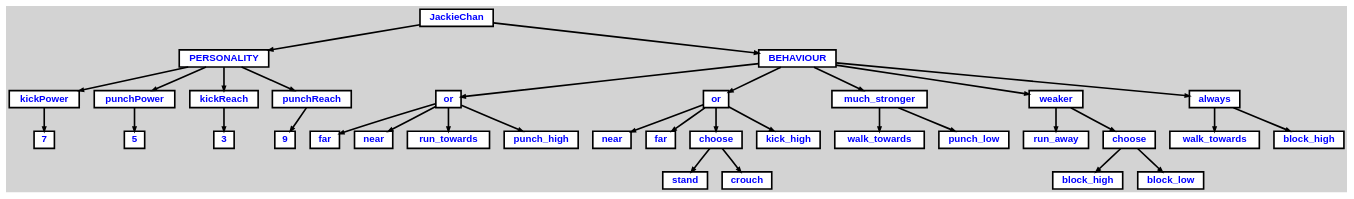
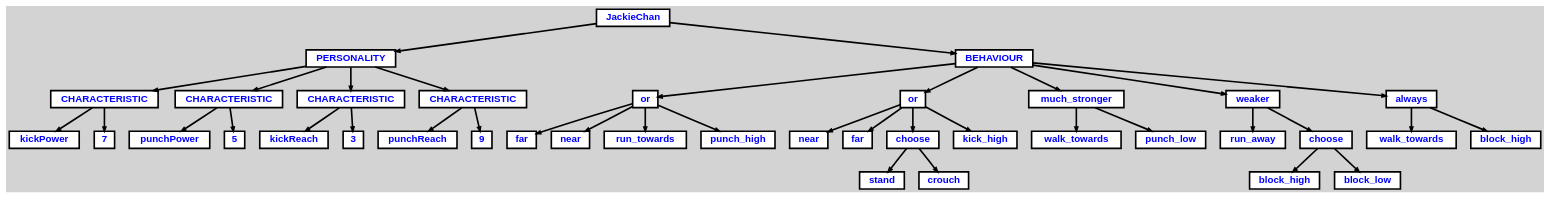
Before and after one commit to tvdstorm/sea-of-saf: the diagram in mrjorrit/output/AST.dot, drawn with Graphviz. The commit also changed 5 other files, not shown here.

```diff
--- a/mrjorrit/output/AST.dot
+++ b/mrjorrit/output/AST.dot
@@ -1,91 +1,99 @@
 digraph {
 
 	ordering=out;
 	ranksep=.4;
 	bgcolor="lightgrey"; node [shape=box, fixedsize=false, fontsize=12, fontname="Helvetica-bold", fontcolor="blue"
 		width=.25, height=.25, color="black", fillcolor="white", style="filled, solid, bold"];
 	edge [arrowsize=.5, color="black", style="bold"]
 
   n0 [label="JackieChan"];
   n1 [label="PERSONALITY"];
   n1 [label="PERSONALITY"];
-  n2 [label="kickPower"];
-  n2 [label="kickPower"];
-  n3 [label="7"];
-  n4 [label="punchPower"];
-  n4 [label="punchPower"];
-  n5 [label="5"];
-  n6 [label="kickReach"];
-  n6 [label="kickReach"];
-  n7 [label="3"];
-  n8 [label="punchReach"];
-  n8 [label="punchReach"];
-  n9 [label="9"];
-  n10 [label="BEHAVIOUR"];
-  n10 [label="BEHAVIOUR"];
-  n11 [label="or"];
-  n11 [label="or"];
-  n12 [label="far"];
-  n13 [label="near"];
-  n14 [label="run_towards"];
-  n15 [label="punch_high"];
-  n16 [label="or"];
-  n16 [label="or"];
+  n2 [label="CHARACTERISTIC"];
+  n2 [label="CHARACTERISTIC"];
+  n3 [label="kickPower"];
+  n4 [label="7"];
+  n5 [label="CHARACTERISTIC"];
+  n5 [label="CHARACTERISTIC"];
+  n6 [label="punchPower"];
+  n7 [label="5"];
+  n8 [label="CHARACTERISTIC"];
+  n8 [label="CHARACTERISTIC"];
+  n9 [label="kickReach"];
+  n10 [label="3"];
+  n11 [label="CHARACTERISTIC"];
+  n11 [label="CHARACTERISTIC"];
+  n12 [label="punchReach"];
+  n13 [label="9"];
+  n14 [label="BEHAVIOUR"];
+  n14 [label="BEHAVIOUR"];
+  n15 [label="or"];
+  n15 [label="or"];
+  n16 [label="far"];
   n17 [label="near"];
-  n18 [label="far"];
-  n19 [label="choose"];
-  n19 [label="choose"];
-  n20 [label="stand"];
-  n21 [label="crouch"];
-  n22 [label="kick_high"];
-  n23 [label="much_stronger"];
-  n23 [label="much_stronger"];
-  n24 [label="walk_towards"];
-  n25 [label="punch_low"];
-  n26 [label="weaker"];
-  n26 [label="weaker"];
-  n27 [label="run_away"];
-  n28 [label="choose"];
-  n28 [label="choose"];
-  n29 [label="block_high"];
-  n30 [label="block_low"];
-  n31 [label="always"];
-  n31 [label="always"];
-  n32 [label="walk_towards"];
+  n18 [label="run_towards"];
+  n19 [label="punch_high"];
+  n20 [label="or"];
+  n20 [label="or"];
+  n21 [label="near"];
+  n22 [label="far"];
+  n23 [label="choose"];
+  n23 [label="choose"];
+  n24 [label="stand"];
+  n25 [label="crouch"];
+  n26 [label="kick_high"];
+  n27 [label="much_stronger"];
+  n27 [label="much_stronger"];
+  n28 [label="walk_towards"];
+  n29 [label="punch_low"];
+  n30 [label="weaker"];
+  n30 [label="weaker"];
+  n31 [label="run_away"];
+  n32 [label="choose"];
+  n32 [label="choose"];
   n33 [label="block_high"];
+  n34 [label="block_low"];
+  n35 [label="always"];
+  n35 [label="always"];
+  n36 [label="walk_towards"];
+  n37 [label="block_high"];
 
   n0 -> n1 // "JackieChan" -> "PERSONALITY"
-  n1 -> n2 // "PERSONALITY" -> "kickPower"
-  n2 -> n3 // "kickPower" -> "7"
-  n1 -> n4 // "PERSONALITY" -> "punchPower"
-  n4 -> n5 // "punchPower" -> "5"
-  n1 -> n6 // "PERSONALITY" -> "kickReach"
-  n6 -> n7 // "kickReach" -> "3"
-  n1 -> n8 // "PERSONALITY" -> "punchReach"
-  n8 -> n9 // "punchReach" -> "9"
-  n0 -> n10 // "JackieChan" -> "BEHAVIOUR"
-  n10 -> n11 // "BEHAVIOUR" -> "or"
-  n11 -> n12 // "or" -> "far"
-  n11 -> n13 // "or" -> "near"
-  n11 -> n14 // "or" -> "run_towards"
-  n11 -> n15 // "or" -> "punch_high"
-  n10 -> n16 // "BEHAVIOUR" -> "or"
-  n16 -> n17 // "or" -> "near"
-  n16 -> n18 // "or" -> "far"
-  n16 -> n19 // "or" -> "choose"
-  n19 -> n20 // "choose" -> "stand"
-  n19 -> n21 // "choose" -> "crouch"
-  n16 -> n22 // "or" -> "kick_high"
-  n10 -> n23 // "BEHAVIOUR" -> "much_stronger"
-  n23 -> n24 // "much_stronger" -> "walk_towards"
-  n23 -> n25 // "much_stronger" -> "punch_low"
-  n10 -> n26 // "BEHAVIOUR" -> "weaker"
-  n26 -> n27 // "weaker" -> "run_away"
-  n26 -> n28 // "weaker" -> "choose"
-  n28 -> n29 // "choose" -> "block_high"
-  n28 -> n30 // "choose" -> "block_low"
-  n10 -> n31 // "BEHAVIOUR" -> "always"
-  n31 -> n32 // "always" -> "walk_towards"
-  n31 -> n33 // "always" -> "block_high"
+  n1 -> n2 // "PERSONALITY" -> "CHARACTERISTIC"
+  n2 -> n3 // "CHARACTERISTIC" -> "kickPower"
+  n2 -> n4 // "CHARACTERISTIC" -> "7"
+  n1 -> n5 // "PERSONALITY" -> "CHARACTERISTIC"
+  n5 -> n6 // "CHARACTERISTIC" -> "punchPower"
+  n5 -> n7 // "CHARACTERISTIC" -> "5"
+  n1 -> n8 // "PERSONALITY" -> "CHARACTERISTIC"
+  n8 -> n9 // "CHARACTERISTIC" -> "kickReach"
+  n8 -> n10 // "CHARACTERISTIC" -> "3"
+  n1 -> n11 // "PERSONALITY" -> "CHARACTERISTIC"
+  n11 -> n12 // "CHARACTERISTIC" -> "punchReach"
+  n11 -> n13 // "CHARACTERISTIC" -> "9"
+  n0 -> n14 // "JackieChan" -> "BEHAVIOUR"
+  n14 -> n15 // "BEHAVIOUR" -> "or"
+  n15 -> n16 // "or" -> "far"
+  n15 -> n17 // "or" -> "near"
+  n15 -> n18 // "or" -> "run_towards"
+  n15 -> n19 // "or" -> "punch_high"
+  n14 -> n20 // "BEHAVIOUR" -> "or"
+  n20 -> n21 // "or" -> "near"
+  n20 -> n22 // "or" -> "far"
+  n20 -> n23 // "or" -> "choose"
+  n23 -> n24 // "choose" -> "stand"
+  n23 -> n25 // "choose" -> "crouch"
+  n20 -> n26 // "or" -> "kick_high"
+  n14 -> n27 // "BEHAVIOUR" -> "much_stronger"
+  n27 -> n28 // "much_stronger" -> "walk_towards"
+  n27 -> n29 // "much_stronger" -> "punch_low"
+  n14 -> n30 // "BEHAVIOUR" -> "weaker"
+  n30 -> n31 // "weaker" -> "run_away"
+  n30 -> n32 // "weaker" -> "choose"
+  n32 -> n33 // "choose" -> "block_high"
+  n32 -> n34 // "choose" -> "block_low"
+  n14 -> n35 // "BEHAVIOUR" -> "always"
+  n35 -> n36 // "always" -> "walk_towards"
+  n35 -> n37 // "always" -> "block_high"
 
 }
```
